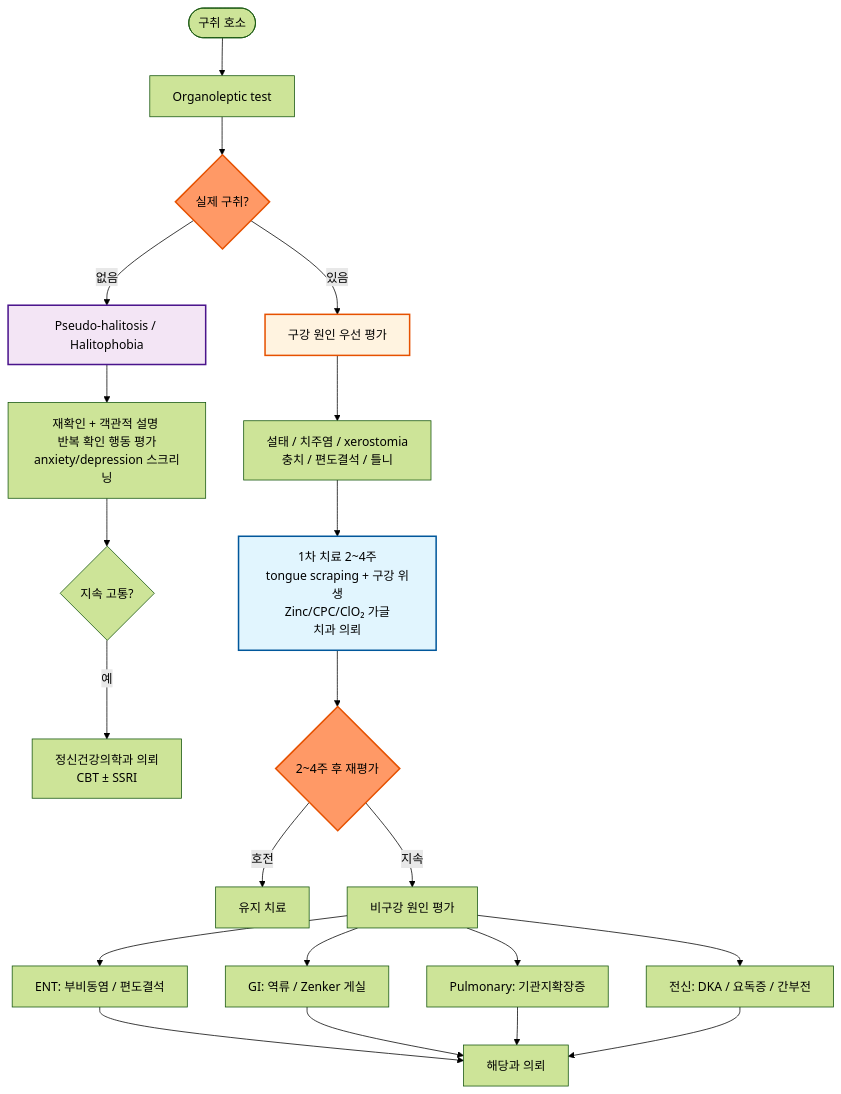
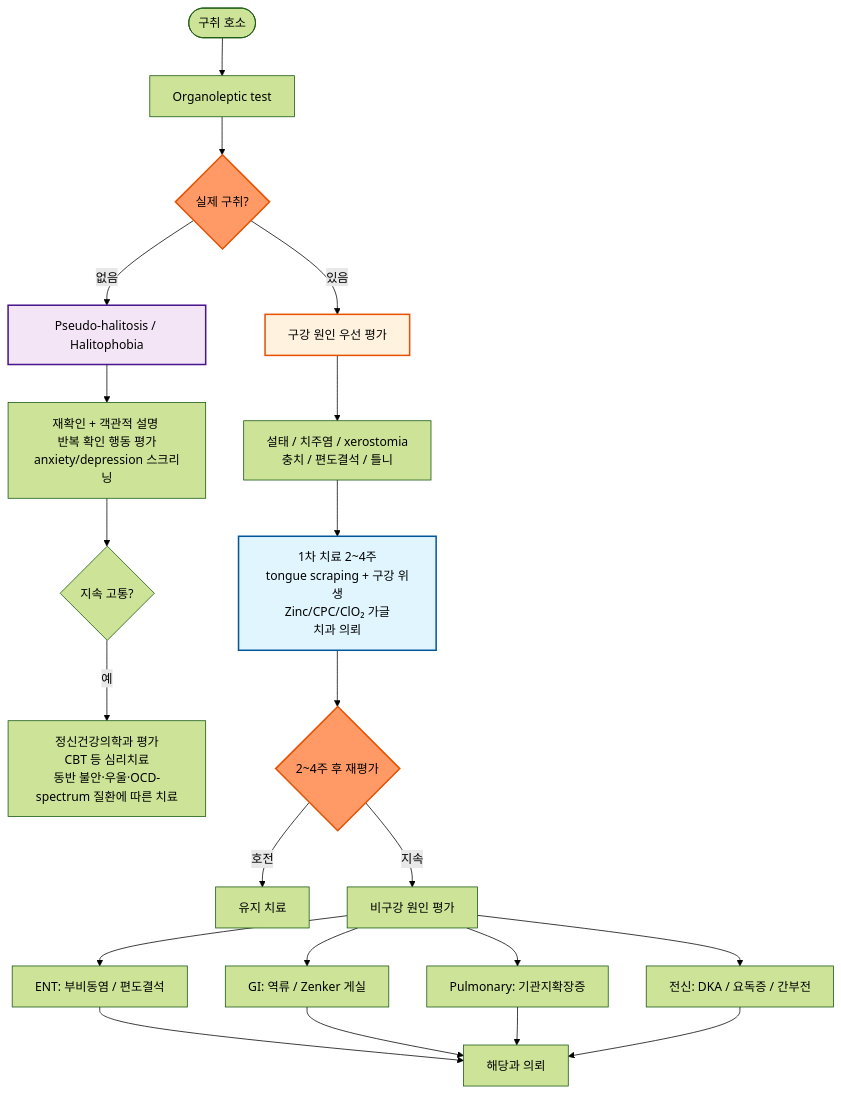
Before and after one commit to familyoh77/familyoh77: the diagram in 220_/004_-halitosis-bad-breath.md, drawn with Mermaid (forest theme). The commit also changed other lines of this file, not shown here.

````diff
--- a/220_/004_-halitosis-bad-breath.md
+++ b/220_/004_-halitosis-bad-breath.md
@@ -114,29 +117,29 @@
 ```mermaid
 graph TD
     A([구취 호소]) --> B[Organoleptic test]
     B --> C{실제 구취?}
     C -->|없음| D[Pseudo-halitosis / Halitophobia]
     D --> E[재확인 + 객관적 설명 <br/>반복 확인 행동 평가<br/>anxiety/depression 스크리닝]
     E --> F{지속 고통?}
-    F -->|예| G[정신건강의학과 의뢰<br/>CBT ± SSRI]
+    F -->|예| G[정신건강의학과 평가<br/>CBT 등 심리치료<br/>동반 불안·우울·OCD-spectrum 질환에 따른 치료]
     C -->|있음| H[구강 원인 우선 평가]
     H --> I[설태 / 치주염 / xerostomia<br/>충치 / 편도결석 / 틀니]
     I --> J[1차 치료 2~4주<br/>tongue scraping + 구강 위생<br/>Zinc/CPC/ClO₂ 가글<br/>치과 의뢰]
     J --> K{2~4주 후 재평가}
     K -->|호전| L[유지 치료]
     K -->|지속| M[비구강 원인 평가]
     M --> N[ENT: 부비동염 / 편도결석]
     M --> O[GI: 역류 / Zenker 게실]
     M --> P[Pulmonary: 기관지확장증]
     M --> Q[전신: DKA / 요독증 / 간부전]
     N --> R[해당과 의뢰]
     O --> R
     P --> R
     Q --> R
 
     style C fill:#f96,stroke:#e65100,stroke-width:2px
     style K fill:#f96,stroke:#e65100,stroke-width:2px
     style J fill:#e1f5fe,stroke:#01579b,stroke-width:2px
     style D fill:#f3e5f5,stroke:#4a148c,stroke-width:2px
     style H fill:#fff3e0,stroke:#e65100,stroke-width:2px
 ```
````
